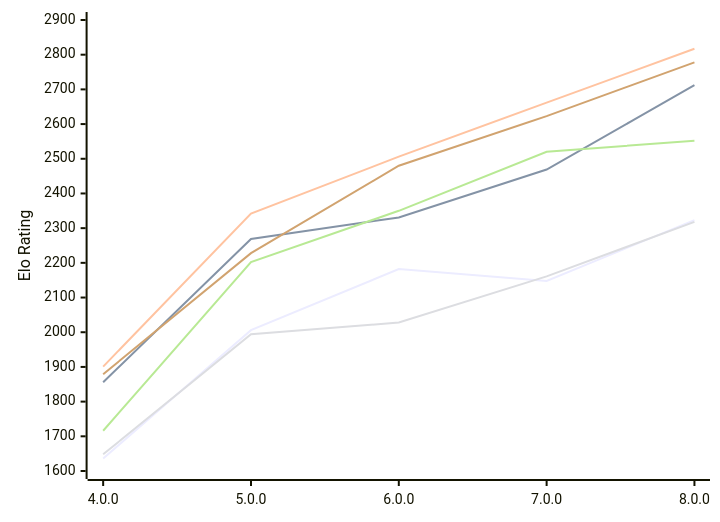
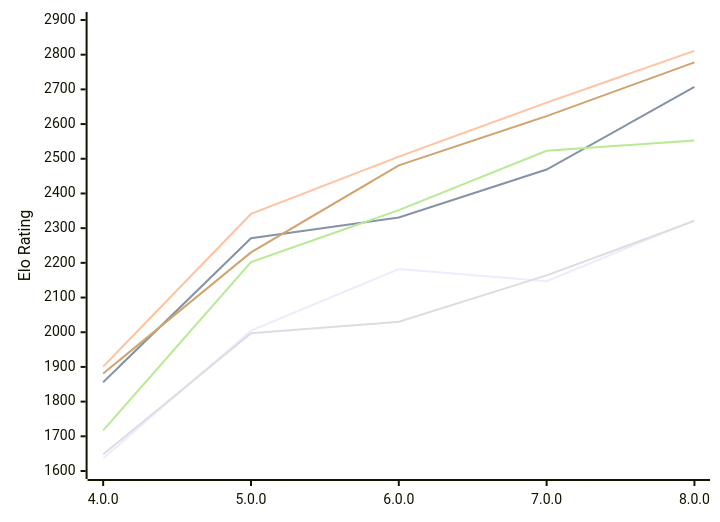
One commit to computer-chess-index/cci changed the first of 2 diagrams in engines/Laura.md. Above: the diagram before and after it, drawn with Mermaid. The commit also changed other lines of this file, not shown here.

Commit message:
Update CCI Ratings (ELO VLTC) - 2026-11-28

````diff
--- a/engines/Laura.md
+++ b/engines/Laura.md
@@ -58,12 +58,12 @@
 ```mermaid
 %%{init: {"theme":"base","themeVariables":{"seriesColors:['#a3a3a3','#222221','#faa371']}}}%%
 xychart-beta
   x-axis ["4.0.0", "5.0.0", "6.0.0", "7.0.0", "8.0.0"]
   y-axis "Elo Rating" 1600 --> 2900
-  line "E1: STC (8.0+0.08s)" [1636, 2006, 2182, 2148, 2323]
-  line "E1: LTC (60.0+0.60s)" [1856, 2269, 2331, 2469, 2712]
-  line "E1: VLTC (2m24s+1.12s)" [1901, 2342, 2506, 2662, 2817]
-  line "P1: STC (8.0+0.08s)" [1648, 1994, 2028, 2161, 2318]
-  line "P1: LTC (60.0+0.60s)" [1716, 2202, 2350, 2520, 2552]
-  line "P1: VLTC (2m24s+1.12s)" [1879, 2228, 2480, 2623, 2778]
+  line "E1: STC (8.0+0.08s)" [1636, 2005, 2182, 2147, 2323]
+  line "E1: LTC (60.0+0.60s)" [1856, 2271, 2331, 2469, 2707]
+  line "E1: VLTC (2m24s+1.12s)" [1901, 2341, 2506, 2662, 2811]
+  line "P1: STC (8.0+0.08s)" [1648, 1997, 2030, 2164, 2321]
+  line "P1: LTC (60.0+0.60s)" [1717, 2202, 2352, 2523, 2553]
+  line "P1: VLTC (2m24s+1.12s)" [1881, 2230, 2481, 2623, 2778]
 ```
````
